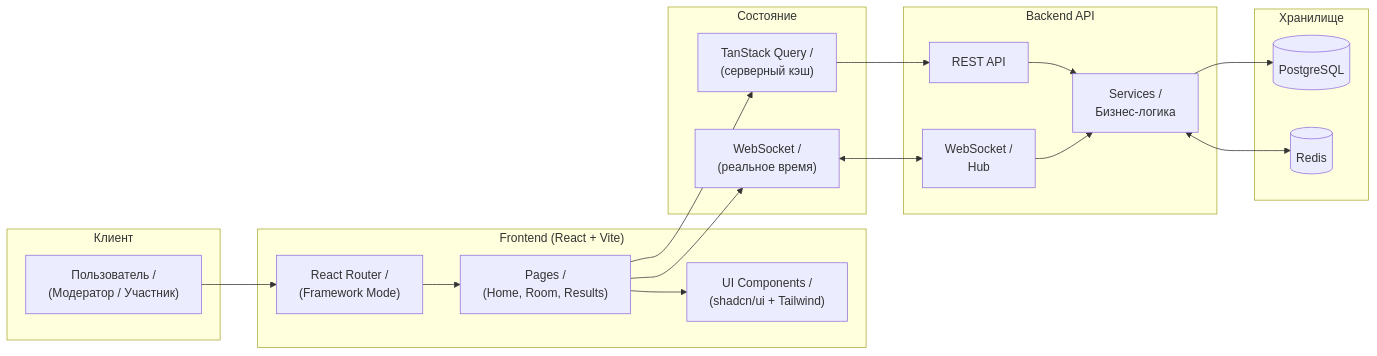
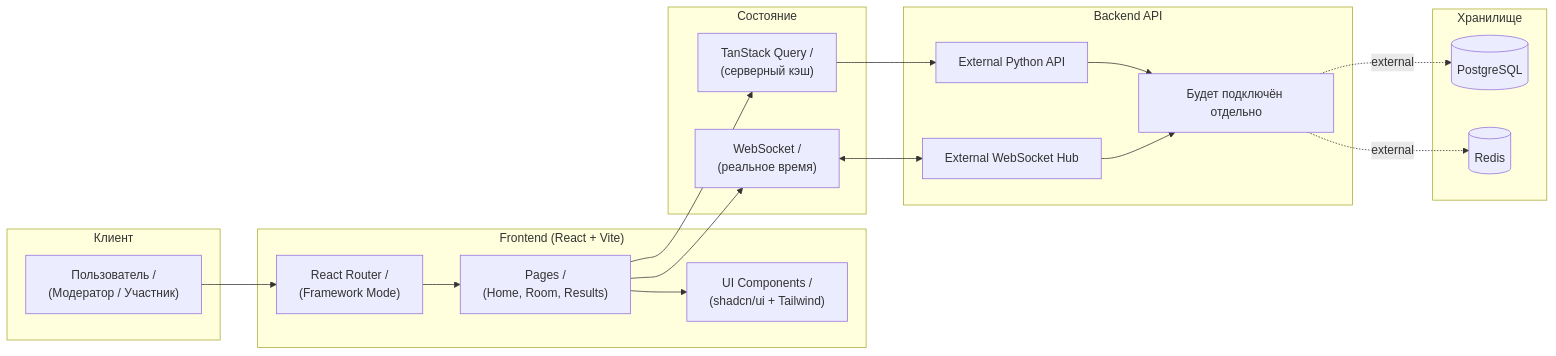
Before and after one commit to S-NOWNUM-B/-Pocker-Planing-: the diagram in README.md, drawn with Mermaid. The commit also changed other lines of this file and 4 other files, not shown here.

````diff
--- a/README.md
+++ b/README.md
@@ -69,40 +78,40 @@
 ```mermaid
 flowchart LR
     subgraph Client["Клиент"]
         User["Пользователь /\n(Модератор / Участник)"]
     end
 
     subgraph FE["Frontend (React + Vite)"]
         Router["React Router /\n(Framework Mode)"]
         Pages["Pages /\n(Home, Room, Results)"]
         Components["UI Components /\n(shadcn/ui + Tailwind)"]
     end
 
     subgraph State["Состояние"]
         Query["TanStack Query /\n(серверный кэш)"]
         WS["WebSocket /\n(реальное время)"]
     end
 
     subgraph BE["Backend API"]
-        REST["REST API"]
-        WSEndpoint["WebSocket /\nHub"]
-        Services["Services /\nБизнес-логика"]
+        REST["External Python API"]
+        WSEndpoint["External WebSocket Hub"]
+        Services["Будет подключён отдельно"]
     end
 
     subgraph Storage["Хранилище"]
         DB[("PostgreSQL")]
         Cache[("Redis")]
     end
 
     User --> Router
     Router --> Pages
     Pages --> Components
     Pages --> Query
     Pages --> WS
     Query --> REST
     WS <--> WSEndpoint
     REST --> Services
     WSEndpoint --> Services
-    Services --> DB
-    Services <--> Cache
+    Services -. external .-> DB
+    Services -. external .-> Cache
 ```
````
